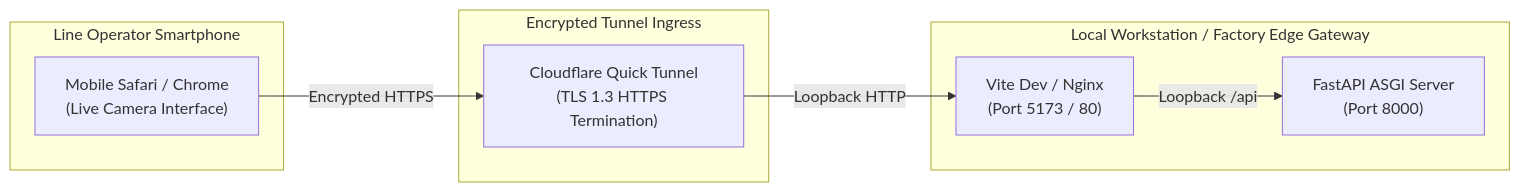
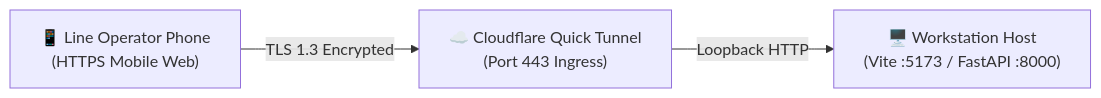
One commit to Disha-1610/VisionForge changed the third of 3 diagrams in docs/SECURITY.md. Above: the diagram before and after it, drawn with Mermaid. The commit also changed other lines of this file and 13 other files, not shown here.

````diff
--- a/docs/SECURITY.md
+++ b/docs/SECURITY.md
@@ -163,19 +159,5 @@
 ```mermaid
 flowchart LR
-    subgraph MobileDevice["Line Operator Smartphone"]
-        Browser["Mobile Safari / Chrome<br/>(Live Camera Interface)"]
-    end
-
-    subgraph Tunnel["Encrypted Tunnel Ingress"]
-        CF["Cloudflare Quick Tunnel<br/>(TLS 1.3 HTTPS Termination)"]
-    end
-
-    subgraph Host["Local Workstation / Factory Edge Gateway"]
-        ViteProxy["Vite Dev / Nginx<br/>(Port 5173 / 80)"]
-        FastAPI["FastAPI ASGI Server<br/>(Port 8000)"]
-    end
-
-    Browser -->|Encrypted HTTPS| CF
-    CF -->|Loopback HTTP| ViteProxy
-    ViteProxy -->|Loopback /api| FastAPI
+    Phone["📱 Line Operator Phone<br/>(HTTPS Mobile Web)"] -->|TLS 1.3 Encrypted| CF["☁️ Cloudflare Quick Tunnel<br/>(Port 443 Ingress)"]
+    CF -->|Loopback HTTP| Host["🖥️ Workstation Host<br/>(Vite :5173 / FastAPI :8000)"]
 ```
````
